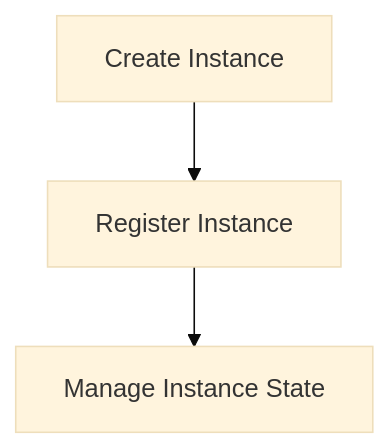
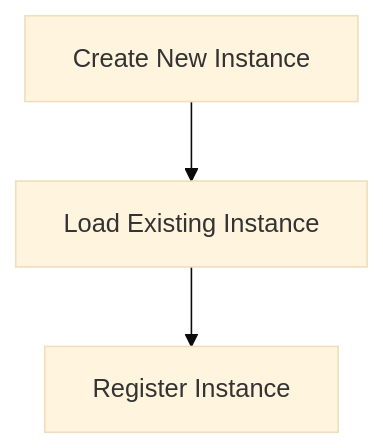
The diagram in docs/workflows/instance-management.md (mmethodz/dreamgraph), drawn with Mermaid (base theme) before and after one commit. The commit also changed other lines of this file and 238 other files, not shown here.

````diff
--- a/docs/workflows/instance-management.md
+++ b/docs/workflows/instance-management.md
@@ -10,8 +10,8 @@
 ```mermaid
 flowchart TD
-    S1["Create Instance"]
-    S2["Register Instance"]
+    S1["Create New Instance"]
+    S2["Load Existing Instance"]
     S1 --> S2
-    S3["Manage Instance State"]
+    S3["Register Instance"]
     S2 --> S3
 ```
````
